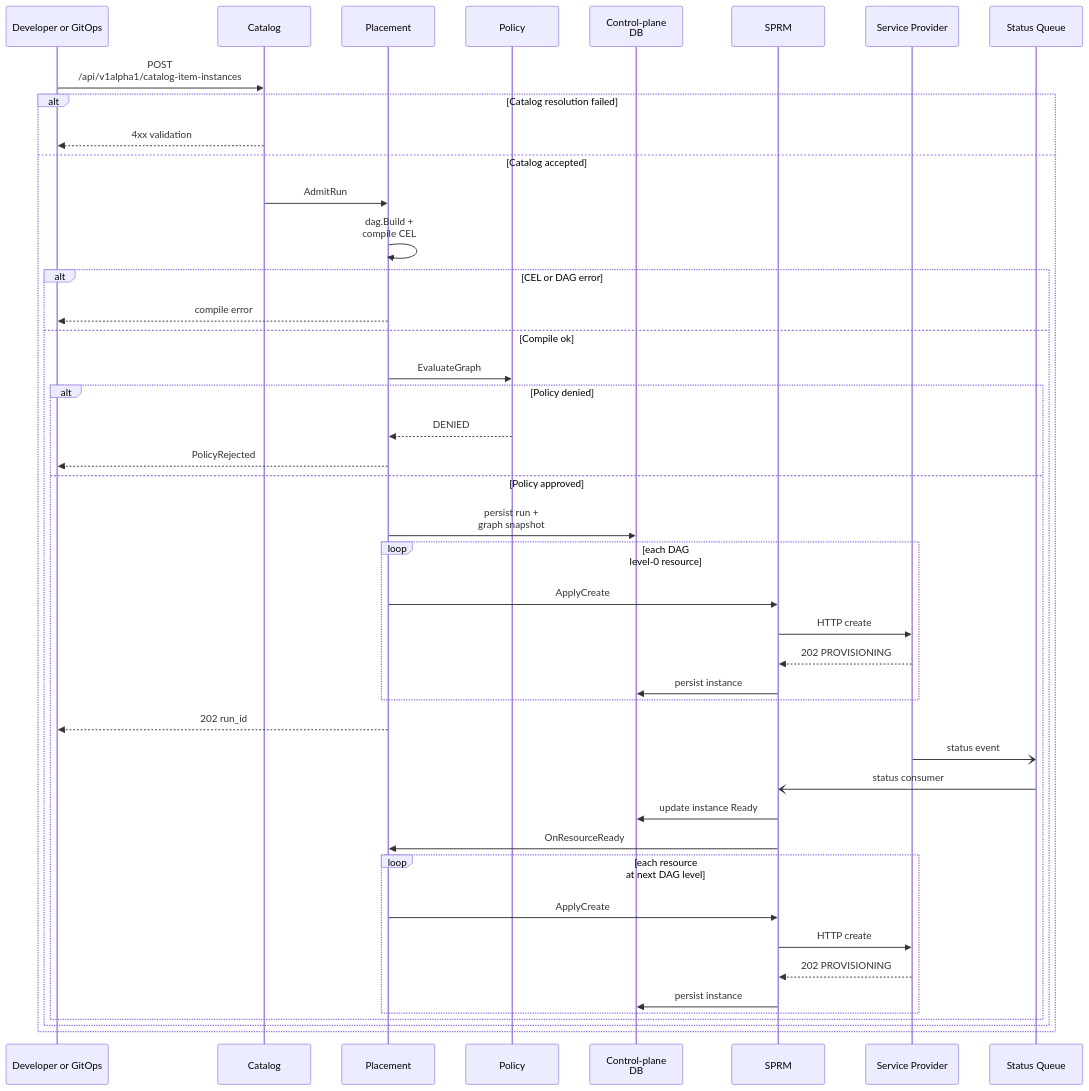
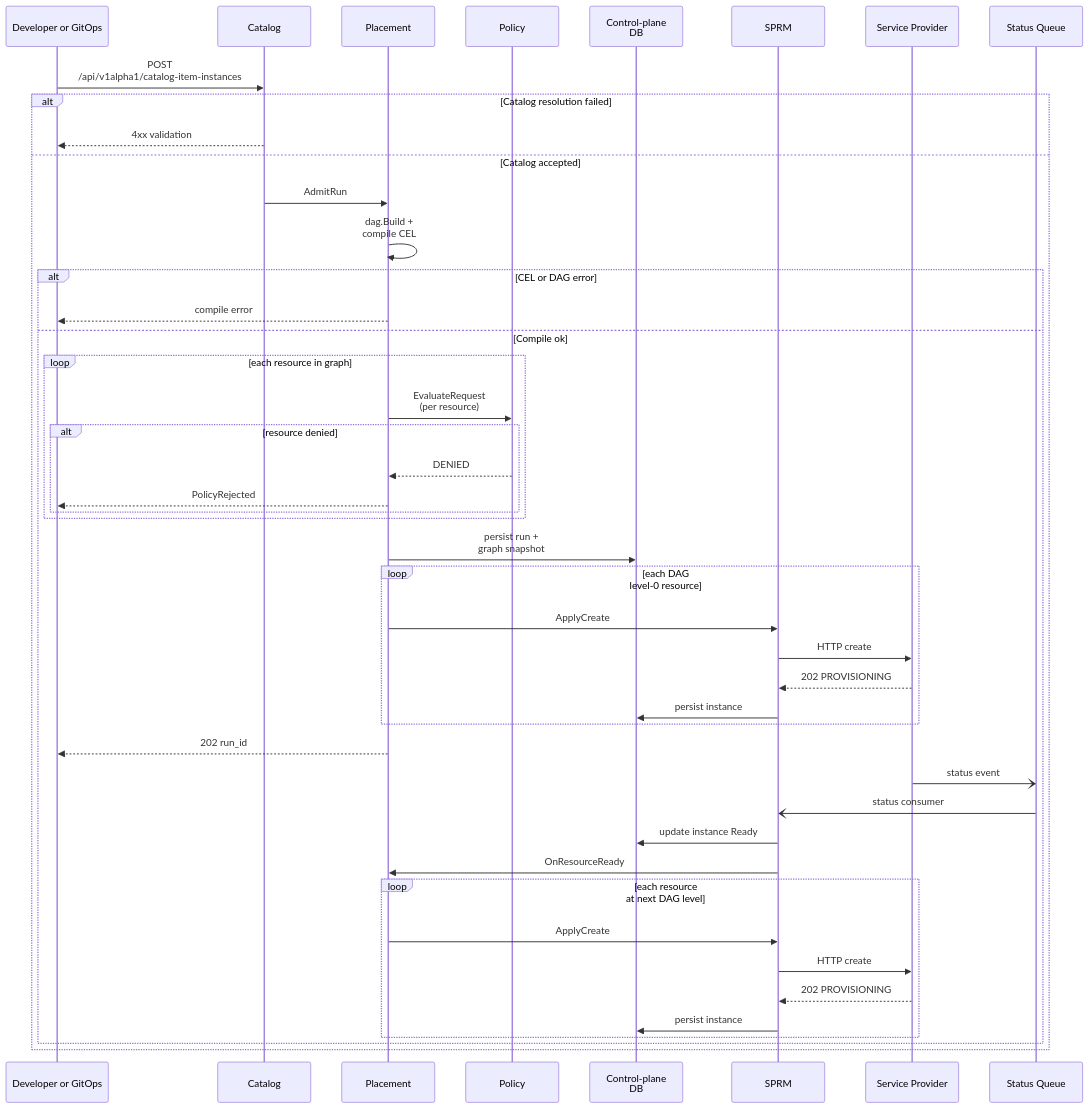
One commit to dcm-project/enhancements changed the second of 2 diagrams in enhancements/declarative-api/declarative-api.md. Above: the diagram before and after it, drawn with Mermaid. The commit also changed other lines of this file, not shown here.

Commit message:
Move whole graph policy evaluation to alternative section Assisted-By: Cursor AI

````diff
--- a/enhancements/declarative-api/declarative-api.md
+++ b/enhancements/declarative-api/declarative-api.md
@@ -178,47 +183,48 @@
 ```mermaid
 sequenceDiagram
   participant Dev as Developer or GitOps
   participant CM as Catalog
   participant PM as Placement
   participant POL as Policy
   participant DB as Control-plane<br/> DB
   participant SPkg as SPRM
   participant SP as Service Provider
   participant NATS as Status Queue
 
   Dev->>CM: POST <br/>/api/v1alpha1/catalog-item-instances
   alt Catalog resolution failed
     CM-->>Dev: 4xx validation
   else Catalog accepted
     CM->>PM: AdmitRun
     PM->>PM: dag.Build + <br/>compile CEL
     alt CEL or DAG error
       PM-->>Dev: compile error
     else Compile ok
-      PM->>POL: EvaluateGraph
-      alt Policy denied
-        POL-->>PM: DENIED
-        PM-->>Dev: PolicyRejected
-      else Policy approved
-        PM->>DB: persist run + <br/> graph snapshot
+      loop each resource in graph
+        PM->>POL: EvaluateRequest<br/>(per resource)
+        alt resource denied
+          POL-->>PM: DENIED
+          PM-->>Dev: PolicyRejected
+        end
+      end
+      PM->>DB: persist run + <br/>graph snapshot
         loop each DAG <br/>level-0 resource
           PM->>SPkg: ApplyCreate
           SPkg->>SP: HTTP create
           SP-->>SPkg: 202 PROVISIONING
           SPkg->>DB: persist instance
         end
         PM-->>Dev: 202 run_id
         SP-)NATS: status event
         NATS-)SPkg: status consumer
         SPkg->>DB: update instance Ready
         SPkg->>PM: OnResourceReady
         loop each resource <br/>at next DAG level
           PM->>SPkg: ApplyCreate
           SPkg->>SP: HTTP create
           SP-->>SPkg: 202 PROVISIONING
           SPkg->>DB: persist instance
         end
-      end
     end
   end
 ```
````
